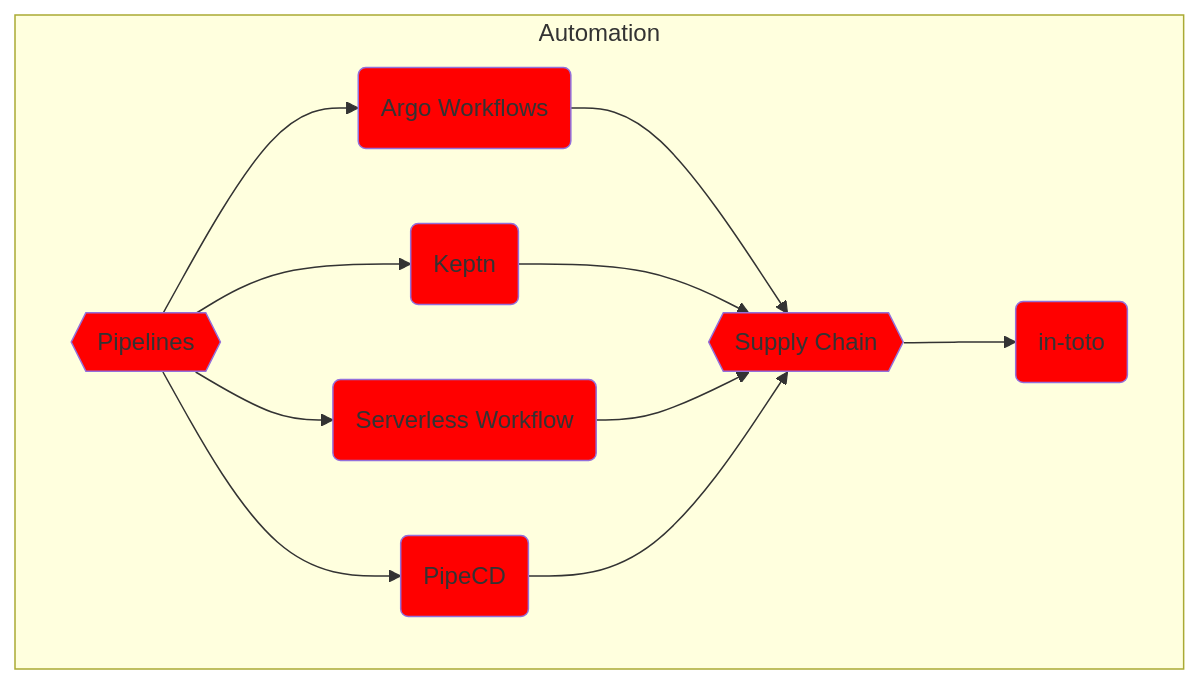
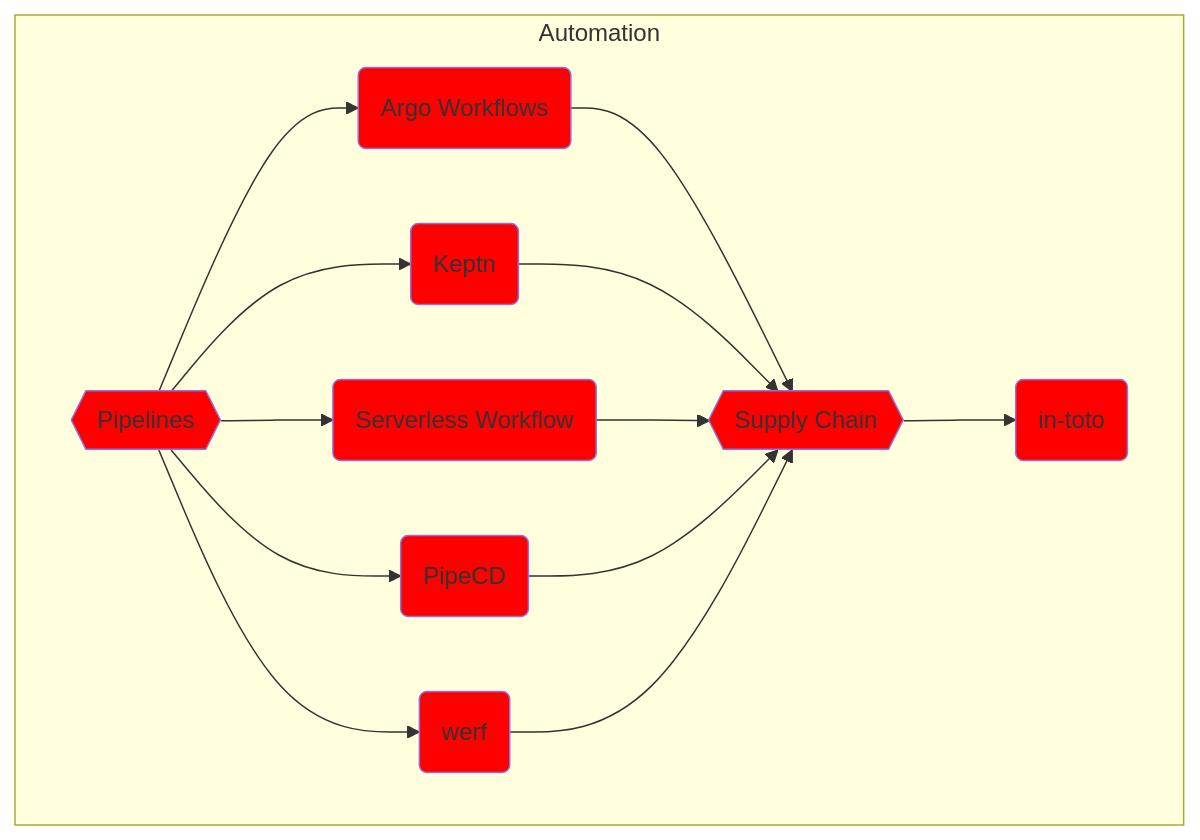
The seventh of 11 diagrams in solution.md (vfarcic/cncf-demo), drawn with Mermaid before and after one commit. The commit also changed other lines of this file and 4 other files, not shown here.

````diff
--- a/solution.md
+++ b/solution.md
@@ -664,31 +680,33 @@
 ```mermaid
 flowchart TD
 
     subgraph Automation
 
         %% ---------------
         %% -- Pipelines --
         %% ---------------
         pipelines{{Pipelines}}
         style pipelines fill:red
         pipelines-argo-workflows(Argo Workflows)
         style pipelines-argo-workflows fill:red
         pipelines-keptn(Keptn)
         style pipelines-keptn fill:red
         pipelines-serverless-workflow(Serverless Workflow)
         style pipelines-serverless-workflow fill:red
         pipecd(PipeCD)
         style pipecd fill:red
-        pipelines --> pipelines-argo-workflows & pipelines-keptn & pipelines-serverless-workflow & pipecd --> supply-chain
+        werf(werf)
+        style werf fill:red
+        pipelines --> pipelines-argo-workflows & pipelines-keptn & pipelines-serverless-workflow & pipecd & werf --> supply-chain
 
         %% ------------------
         %% -- Supply Chain --
         %% ------------------
         supply-chain{{Supply Chain}}
         style supply-chain fill:red
         supply-chain-in-toto(in-toto)
         style supply-chain-in-toto fill:red
         supply-chain --> supply-chain-in-toto
 
     end
 ```
````
